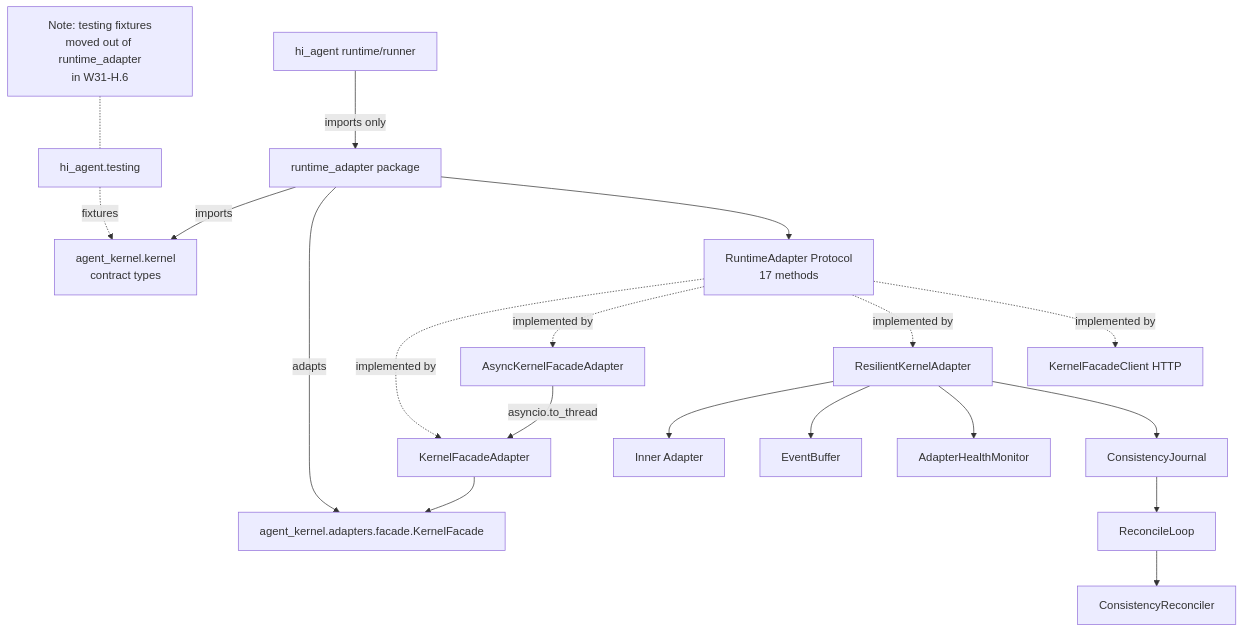
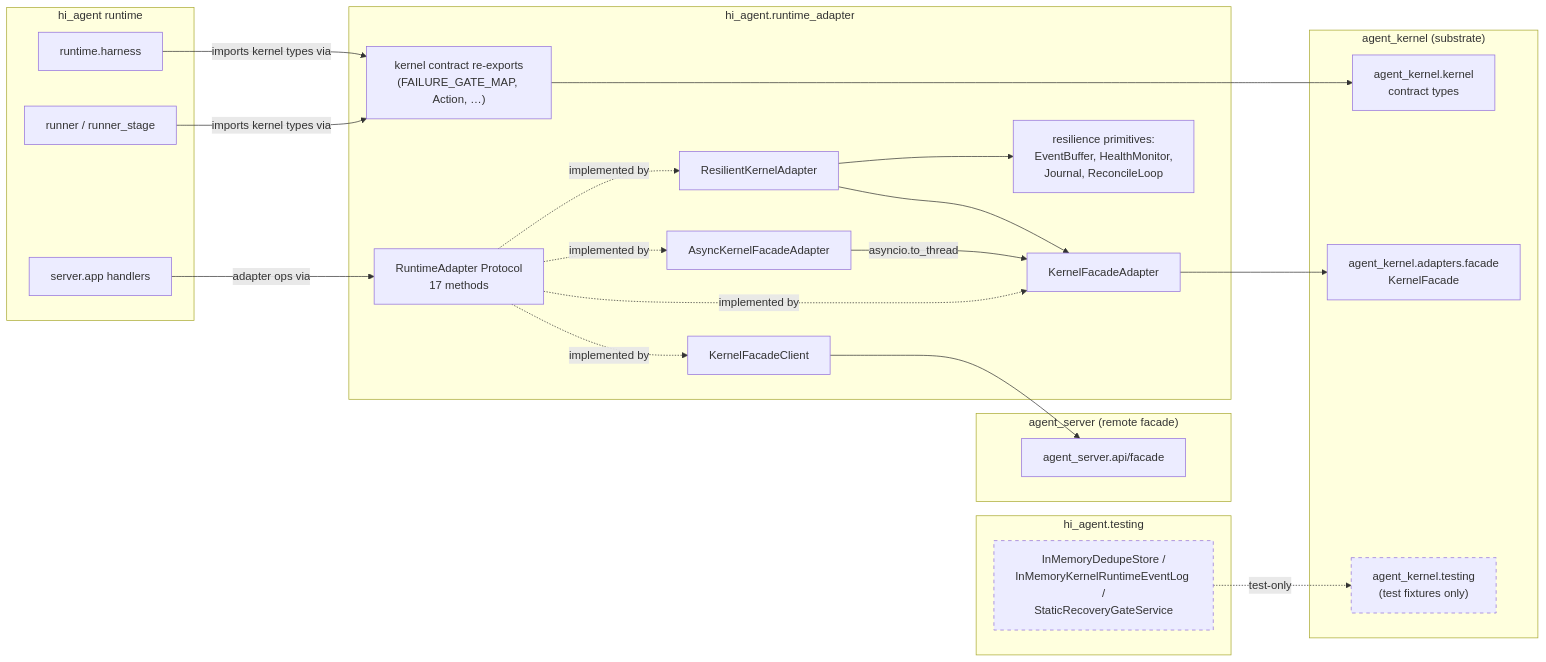
The first of 3 diagrams in hi_agent/runtime_adapter/ARCHITECTURE.md (chaosxingxc-orion/hi-agent), drawn with Mermaid before and after one commit. The commit also changed other lines of this file and 25 other files, not shown here.

First line of the commit message:
[W35-corrective] Refresh ARCHITECTURE.md hierarchy + add missing READMEs

````diff
--- a/hi_agent/runtime_adapter/ARCHITECTURE.md
+++ b/hi_agent/runtime_adapter/ARCHITECTURE.md
@@ -56,27 +25,54 @@
 ```mermaid
-graph TD
-    HiAgent[hi_agent runtime/runner] -->|imports only| RA[runtime_adapter package]
-    RA -->|imports| AK[agent_kernel.kernel<br/>contract types]
-    RA -->|adapts| AKF[agent_kernel.adapters.facade.KernelFacade]
+flowchart LR
+    subgraph HiAgent["hi_agent runtime"]
+        Runner[runner / runner_stage]
+        Harness[runtime.harness]
+        Server[server.app handlers]
+    end
 
-    RA --> RAProto[RuntimeAdapter Protocol<br/>17 methods]
+    subgraph RA["hi_agent.runtime_adapter"]
+        ProtoSurf[RuntimeAdapter Protocol<br/>17 methods]
+        Reexport["kernel contract re-exports<br/>(FAILURE_GATE_MAP, Action, …)"]
+        Sync[KernelFacadeAdapter]
+        Async[AsyncKernelFacadeAdapter]
+        Resil[ResilientKernelAdapter]
+        HTTP[KernelFacadeClient]
+        Resilience["resilience primitives:<br/>EventBuffer, HealthMonitor,<br/>Journal, ReconcileLoop"]
+    end
 
-    RAProto -.implemented by.-> KFA[KernelFacadeAdapter]
-    RAProto -.implemented by.-> AKFA[AsyncKernelFacadeAdapter]
-    RAProto -.implemented by.-> RKA[ResilientKernelAdapter]
-    RAProto -.implemented by.-> KFC[KernelFacadeClient HTTP]
+    subgraph AK["agent_kernel (substrate)"]
+        Contracts[agent_kernel.kernel<br/>contract types]
+        Facade[agent_kernel.adapters.facade<br/>KernelFacade]
+        TestFix["agent_kernel.testing<br/>(test fixtures only)"]
+    end
 
-    RKA --> Inner[Inner Adapter]
-    RKA --> EB[EventBuffer]
-    RKA --> AHM[AdapterHealthMonitor]
-    RKA --> CJ[ConsistencyJournal]
+    subgraph AS["agent_server (remote facade)"]
+        ASRoute[agent_server.api/facade]
+    end
 
-    CJ --> RL[ReconcileLoop]
-    RL --> CR[ConsistencyReconciler]
+    subgraph Testing["hi_agent.testing"]
+        Fix[InMemoryDedupeStore /<br/>InMemoryKernelRuntimeEventLog /<br/>StaticRecoveryGateService]
+    end
 
-    KFA --> AKF
-    AKFA -->|asyncio.to_thread| KFA
+    Runner -->|imports kernel types via| Reexport
+    Harness -->|imports kernel types via| Reexport
+    Server -->|adapter ops via| ProtoSurf
 
-    Testing[hi_agent.testing] -.fixtures.-> AK
-    Note[Note: testing fixtures<br/>moved out of runtime_adapter<br/>in W31-H.6] -.- Testing
+    ProtoSurf -.implemented by.-> Sync
+    ProtoSurf -.implemented by.-> Async
+    ProtoSurf -.implemented by.-> Resil
+    ProtoSurf -.implemented by.-> HTTP
+
+    Sync --> Facade
+    Async -->|asyncio.to_thread| Sync
+    Resil --> Sync
+    Resil --> Resilience
+    HTTP --> ASRoute
+
+    Reexport --> Contracts
+
+    Fix -.test-only.-> TestFix
+
+    style TestFix stroke-dasharray: 5 5
+    style Fix stroke-dasharray: 5 5
 ```
````
